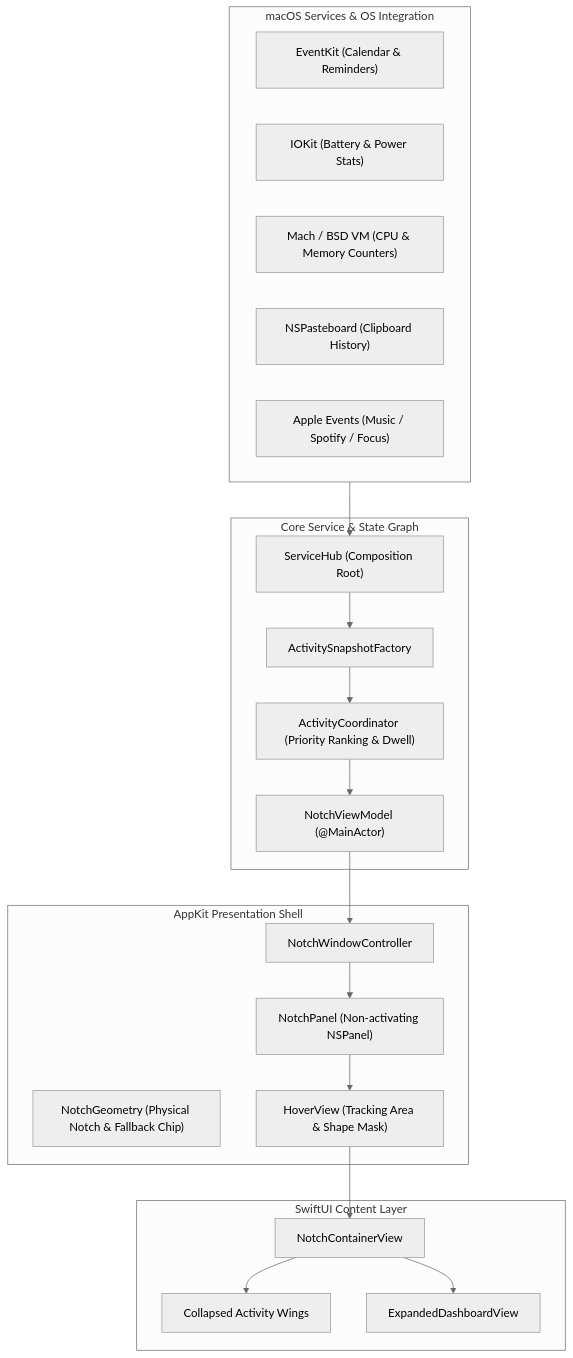
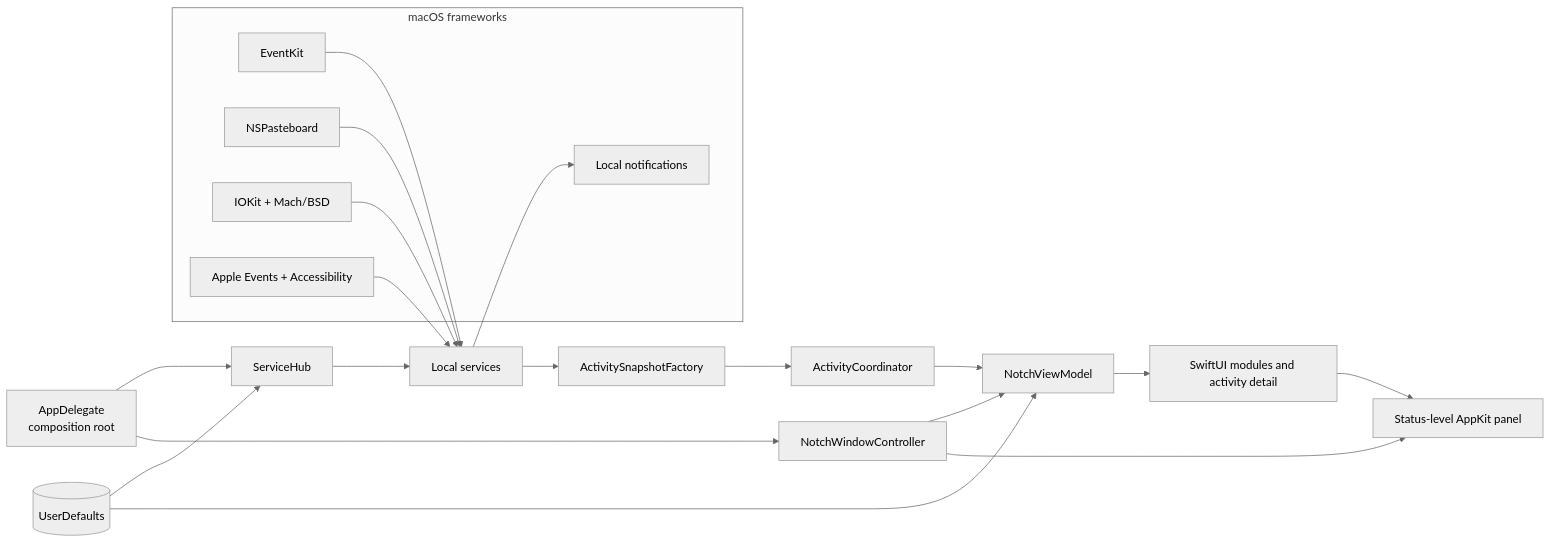
Before and after one commit to Srimi1/Notch-hub: the third of 3 diagrams in README.md, drawn with Mermaid (neutral theme). The commit also changed other lines of this file and 3 other files, not shown here.

````diff
--- a/README.md
+++ b/README.md
@@ -43,41 +142,28 @@
 ```mermaid
-flowchart TB
-    subgraph macOS ["macOS Services & OS Integration"]
-        EventKit["EventKit (Calendar & Reminders)"]
-        IOKit["IOKit (Battery & Power Stats)"]
-        MachBSD["Mach / BSD VM (CPU & Memory Counters)"]
-        Pasteboard["NSPasteboard (Clipboard History)"]
-        AppleEvents["Apple Events (Music / Spotify / Focus)"]
+flowchart LR
+    subgraph macOS["macOS frameworks"]
+        EventKit["EventKit"]
+        Pasteboard["NSPasteboard"]
+        Hardware["IOKit + Mach/BSD"]
+        Automation["Apple Events + Accessibility"]
+        Notifications["Local notifications"]
     end
 
-    subgraph Core ["Core Service & State Graph"]
-        Hub["ServiceHub (Composition Root)"]
-        Factory["ActivitySnapshotFactory"]
-        Coord["ActivityCoordinator (Priority Ranking & Dwell)"]
-        VM["NotchViewModel (@MainActor)"]
-    end
-
-    subgraph Windowing ["AppKit Presentation Shell"]
-        NWC["NotchWindowController"]
-        Geom["NotchGeometry (Physical Notch & Fallback Chip)"]
-        Panel["NotchPanel (Non-activating NSPanel)"]
-        Hover["HoverView (Tracking Area & Shape Mask)"]
-    end
-
-    subgraph UI ["SwiftUI Content Layer"]
-        Container["NotchContainerView"]
-        Collapsed["Collapsed Activity Wings"]
-        Expanded["ExpandedDashboardView"]
-    end
-
-    macOS --> Hub
-    Hub --> Factory
-    Factory --> Coord
-    Coord --> VM
-    VM --> NWC
-    NWC --> Panel
-    Panel --> Hover
-    Hover --> Container
-    Container --> Collapsed
-    Container --> Expanded
+    App["AppDelegate<br/>composition root"] --> Hub["ServiceHub"]
+    App --> Window["NotchWindowController"]
+    Hub --> Services["Local services"]
+    EventKit --> Services
+    Pasteboard --> Services
+    Hardware --> Services
+    Automation --> Services
+    Services --> Factory["ActivitySnapshotFactory"]
+    Factory --> Coordinator["ActivityCoordinator"]
+    Coordinator --> Model["NotchViewModel"]
+    Window --> Model
+    Model --> UI["SwiftUI modules and activity detail"]
+    Window --> Panel["Status-level AppKit panel"]
+    UI --> Panel
+    Services --> Notifications
+    Preferences[("UserDefaults")] --> Hub
+    Preferences --> Model
 ```
````
